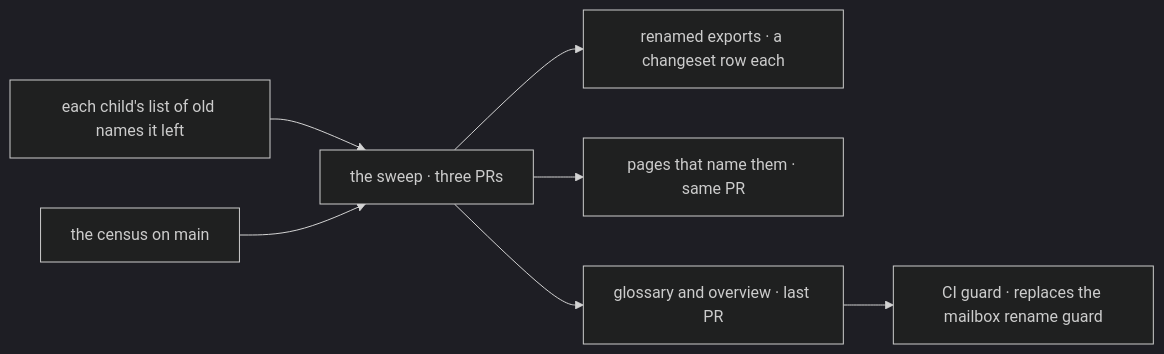
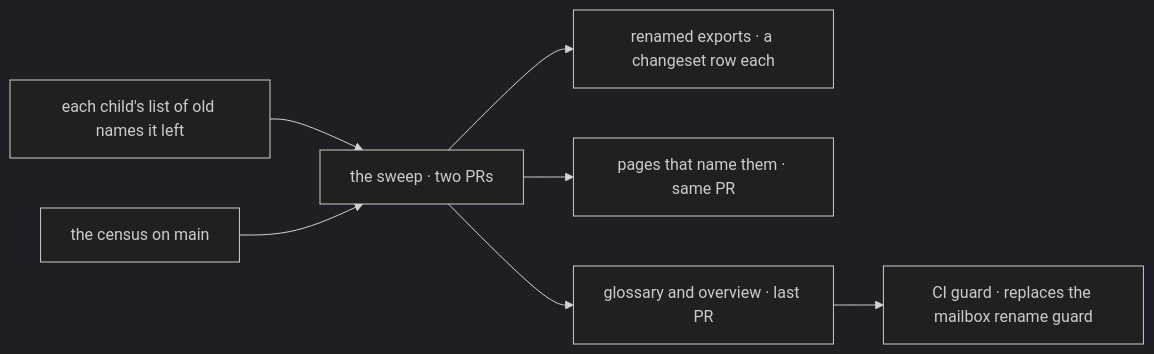
Before and after one commit to fixpoint-labs/flow-state-dev: the second of 2 diagrams in specs/issues/FIX-1796/SPEC.md, drawn with Mermaid (dark theme). The commit also changed other lines of this file and 9 other files, not shown here.

````diff
--- a/specs/issues/FIX-1796/SPEC.md
+++ b/specs/issues/FIX-1796/SPEC.md
@@ -72,9 +71,9 @@
 ```mermaid
 flowchart LR
-  L["each child's list of old names it left"] --> S["the sweep · three PRs"]
+  L["each child's list of old names it left"] --> S["the sweep · two PRs"]
   C["the census on main"] --> S
   S --> R["renamed exports · a changeset row each"]
   S --> D["pages that name them · same PR"]
   S --> G["glossary and overview · last PR"]
   G --> K["CI guard · replaces the mailbox rename guard"]
 ```
````
